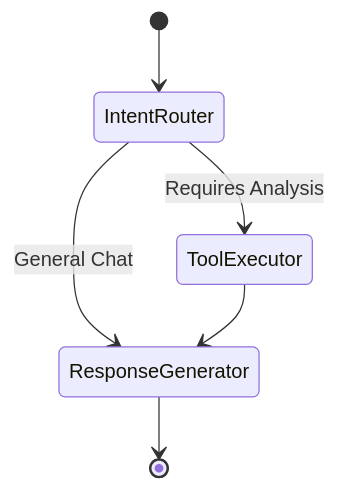
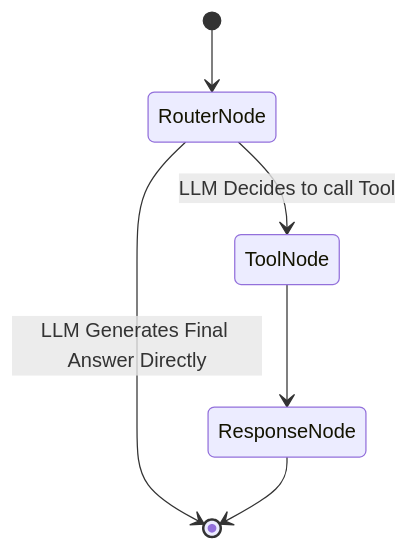
The diagram in docs/AGENT_DESIGN.md (utkarshgupta04092003/ai-portfolio-analyzer), drawn with Mermaid before and after one commit. The commit also changed other lines of this file and 4 other files, not shown here.

````diff
--- a/docs/AGENT_DESIGN.md
+++ b/docs/AGENT_DESIGN.md
@@ -36,8 +33,8 @@
 ```mermaid
 stateDiagram-v2
-    [*] --> IntentRouter
-    IntentRouter --> ToolExecutor : Requires Analysis
-    IntentRouter --> ResponseGenerator : General Chat
-    ToolExecutor --> ResponseGenerator
-    ResponseGenerator --> [*]
+    [*] --> RouterNode
+    RouterNode --> ToolNode : LLM Decides to call Tool
+    RouterNode --> [*] : LLM Generates Final Answer Directly
+    ToolNode --> ResponseNode
+    ResponseNode --> [*]
 ```
````
